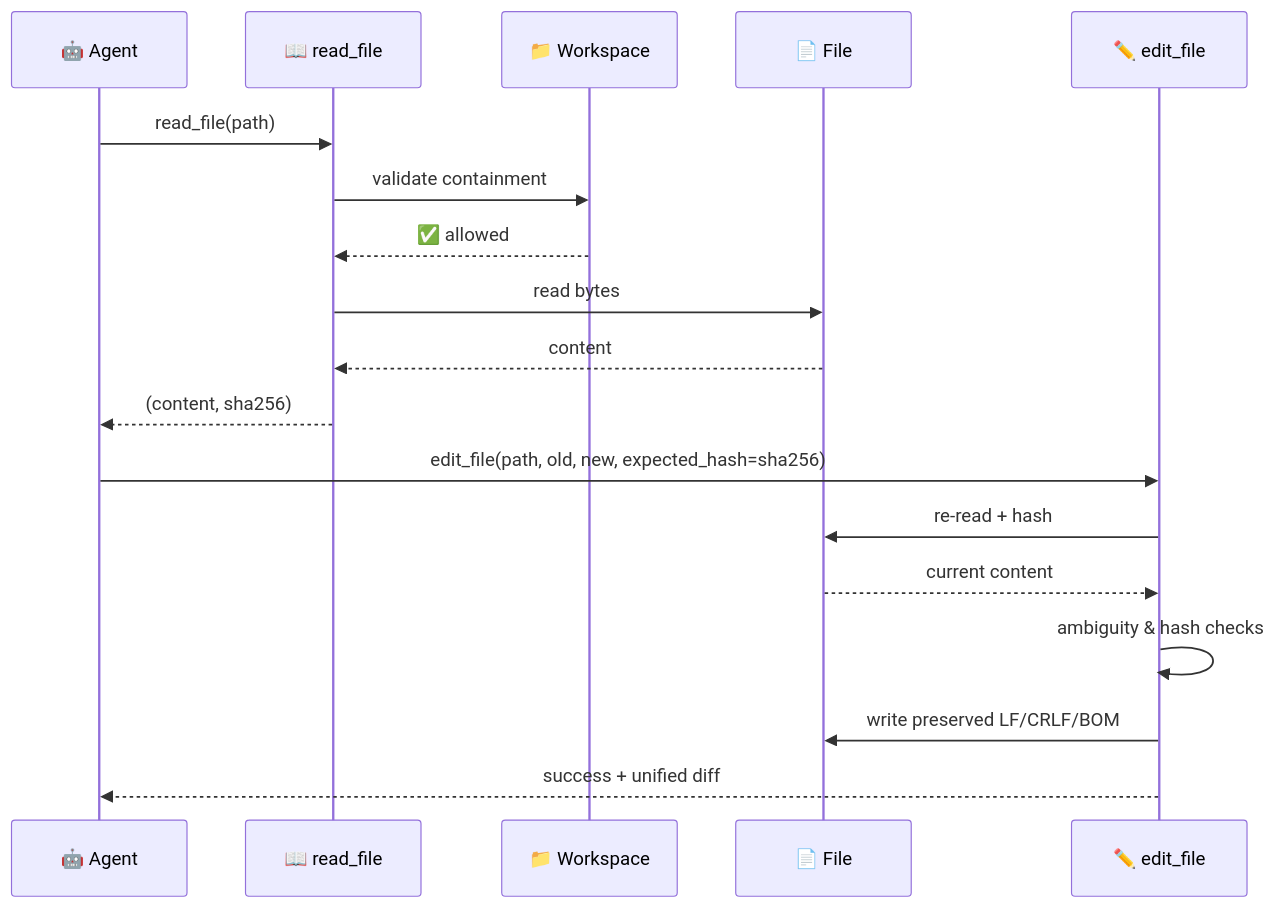
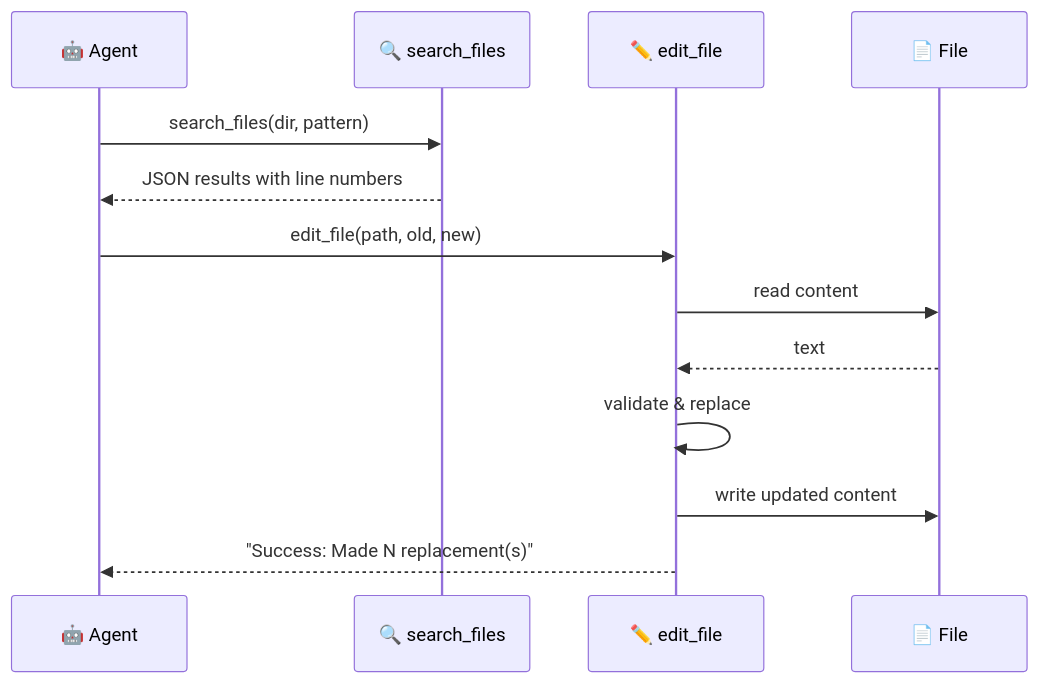
Before and after one commit to MervinPraison/PraisonAIDocs: the second of 2 diagrams in docs/features/file-editing.mdx, drawn with Mermaid. The commit also changed other lines of this file, not shown here.

````diff
--- a/docs/features/file-editing.mdx
+++ b/docs/features/file-editing.mdx
@@ -93,21 +88,16 @@
 ```mermaid
 sequenceDiagram
     participant A as 🤖 Agent
-    participant R as 📖 read_file
-    participant W as 📁 Workspace
+    participant S as 🔍 search_files
+    participant E as ✏️ edit_file
     participant F as 📄 File
-    participant E as ✏️ edit_file
 
-    A->>R: read_file(path)
-    R->>W: validate containment
-    W-->>R: ✅ allowed
-    R->>F: read bytes
-    F-->>R: content
-    R-->>A: (content, sha256)
-    A->>E: edit_file(path, old, new, expected_hash=sha256)
-    E->>F: re-read + hash
-    F-->>E: current content
-    E->>E: ambiguity & hash checks
-    E->>F: write preserved LF/CRLF/BOM
-    E-->>A: success + unified diff
+    A->>S: search_files(dir, pattern)
+    S-->>A: JSON results with line numbers
+    A->>E: edit_file(path, old, new)
+    E->>F: read content
+    F-->>E: text
+    E->>E: validate & replace
+    E->>F: write updated content
+    E-->>A: "Success: Made N replacement(s)"
 ```
````
